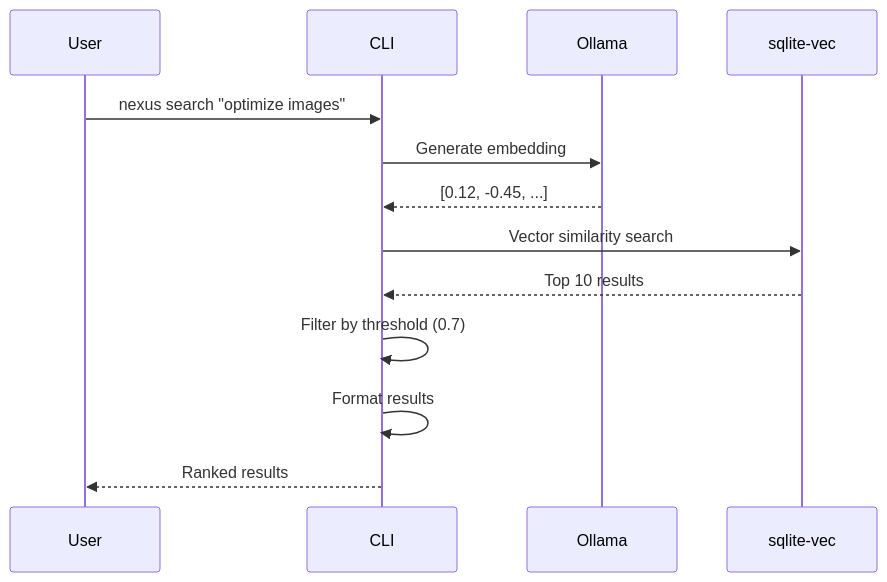
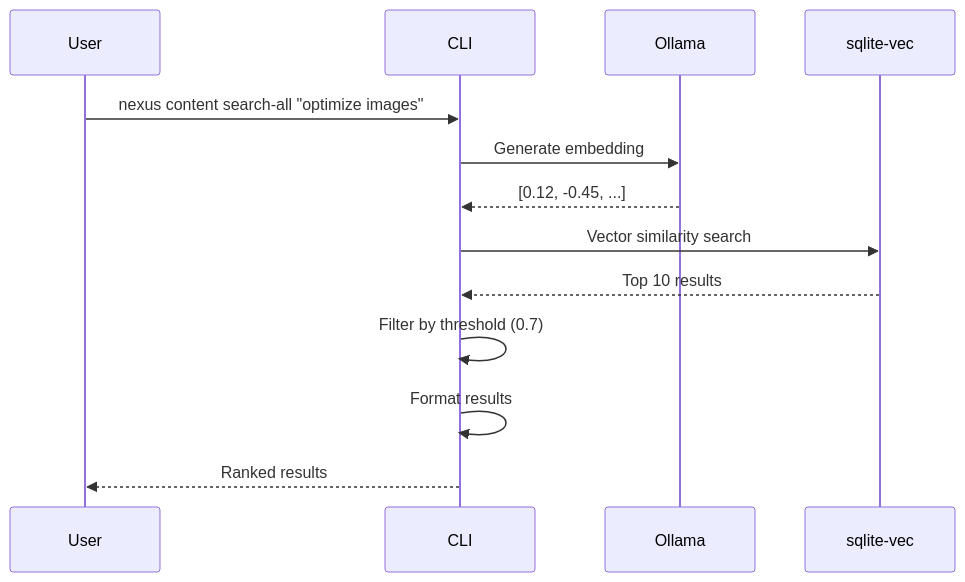
Before and after one commit to jpollock/local-addon-nexus-ai: the fourth of 4 diagrams in docs-site/docs/features/semantic-search.md, drawn with Mermaid. The commit also changed other lines of this file and 24 other files, not shown here.

````diff
--- a/docs-site/docs/features/semantic-search.md
+++ b/docs-site/docs/features/semantic-search.md
@@ -336,16 +336,16 @@
 ```mermaid
 sequenceDiagram
     participant User
     participant CLI
     participant Ollama
     participant vec as sqlite-vec
 
-    User->>CLI: nexus search "optimize images"
+    User->>CLI: nexus content search-all "optimize images"
     CLI->>Ollama: Generate embedding
     Ollama-->>CLI: [0.12, -0.45, ...]
     CLI->>vec: Vector similarity search
     vec-->>CLI: Top 10 results
     CLI->>CLI: Filter by threshold (0.7)
     CLI->>CLI: Format results
     CLI-->>User: Ranked results
 ```
````
